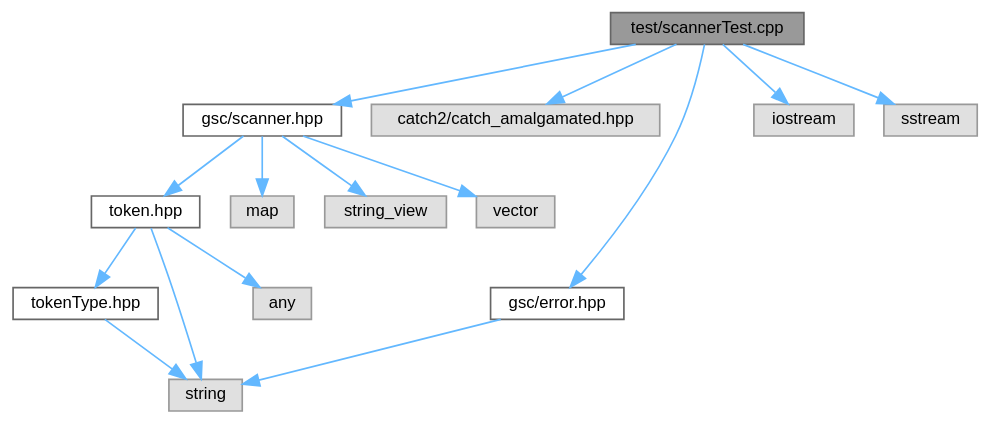
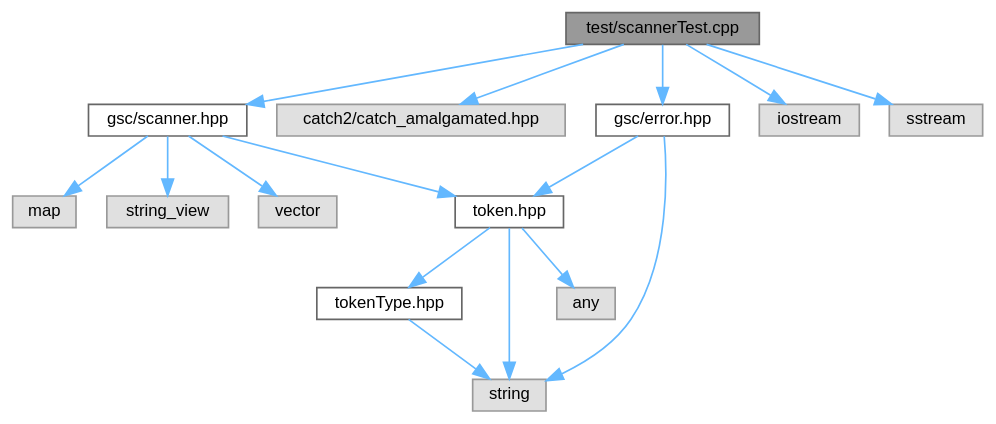
Before and after one commit to helcsnewsxd/gsc-interpreter: the diagram in scannerTest_8cpp__incl.dot, drawn with Graphviz. The commit also changed 91 other files, not shown here.

```diff
--- a/scannerTest_8cpp__incl.dot
+++ b/scannerTest_8cpp__incl.dot
@@ -1,34 +1,35 @@
 digraph "test/scannerTest.cpp"
 {
  // LATEX_PDF_SIZE
   bgcolor="transparent";
   edge [fontname=Helvetica,fontsize=10,labelfontname=Helvetica,labelfontsize=10];
   node [fontname=Helvetica,fontsize=10,shape=box,height=0.2,width=0.4];
   Node1 [id="Node000001",label="test/scannerTest.cpp",height=0.2,width=0.4,color="gray40", fillcolor="grey60", style="filled", fontcolor="black",tooltip=" "];
   Node1 -> Node2 [id="edge1_Node000001_Node000002",color="steelblue1",style="solid",tooltip=" "];
   Node2 [id="Node000002",label="gsc/scanner.hpp",height=0.2,width=0.4,color="grey40", fillcolor="white", style="filled",URL="$scanner_8hpp.html",tooltip=" "];
   Node2 -> Node3 [id="edge2_Node000002_Node000003",color="steelblue1",style="solid",tooltip=" "];
   Node3 [id="Node000003",label="token.hpp",height=0.2,width=0.4,color="grey40", fillcolor="white", style="filled",URL="$token_8hpp.html",tooltip=" "];
   Node3 -> Node4 [id="edge3_Node000003_Node000004",color="steelblue1",style="solid",tooltip=" "];
   Node4 [id="Node000004",label="tokenType.hpp",height=0.2,width=0.4,color="grey40", fillcolor="white", style="filled",URL="$tokenType_8hpp.html",tooltip=" "];
   Node4 -> Node5 [id="edge4_Node000004_Node000005",color="steelblue1",style="solid",tooltip=" "];
   Node5 [id="Node000005",label="string",height=0.2,width=0.4,color="grey60", fillcolor="#E0E0E0", style="filled",tooltip=" "];
   Node3 -> Node6 [id="edge5_Node000003_Node000006",color="steelblue1",style="solid",tooltip=" "];
   Node6 [id="Node000006",label="any",height=0.2,width=0.4,color="grey60", fillcolor="#E0E0E0", style="filled",tooltip=" "];
   Node3 -> Node5 [id="edge6_Node000003_Node000005",color="steelblue1",style="solid",tooltip=" "];
   Node2 -> Node7 [id="edge7_Node000002_Node000007",color="steelblue1",style="solid",tooltip=" "];
   Node7 [id="Node000007",label="map",height=0.2,width=0.4,color="grey60", fillcolor="#E0E0E0", style="filled",tooltip=" "];
   Node2 -> Node8 [id="edge8_Node000002_Node000008",color="steelblue1",style="solid",tooltip=" "];
   Node8 [id="Node000008",label="string_view",height=0.2,width=0.4,color="grey60", fillcolor="#E0E0E0", style="filled",tooltip=" "];
   Node2 -> Node9 [id="edge9_Node000002_Node000009",color="steelblue1",style="solid",tooltip=" "];
   Node9 [id="Node000009",label="vector",height=0.2,width=0.4,color="grey60", fillcolor="#E0E0E0", style="filled",tooltip=" "];
   Node1 -> Node10 [id="edge10_Node000001_Node000010",color="steelblue1",style="solid",tooltip=" "];
   Node10 [id="Node000010",label="catch2/catch_amalgamated.hpp",height=0.2,width=0.4,color="grey60", fillcolor="#E0E0E0", style="filled",tooltip=" "];
   Node1 -> Node11 [id="edge11_Node000001_Node000011",color="steelblue1",style="solid",tooltip=" "];
   Node11 [id="Node000011",label="gsc/error.hpp",height=0.2,width=0.4,color="grey40", fillcolor="white", style="filled",URL="$error_8hpp.html",tooltip=" "];
-  Node11 -> Node5 [id="edge12_Node000011_Node000005",color="steelblue1",style="solid",tooltip=" "];
-  Node1 -> Node12 [id="edge13_Node000001_Node000012",color="steelblue1",style="solid",tooltip=" "];
+  Node11 -> Node3 [id="edge12_Node000011_Node000003",color="steelblue1",style="solid",tooltip=" "];
+  Node11 -> Node5 [id="edge13_Node000011_Node000005",color="steelblue1",style="solid",tooltip=" "];
+  Node1 -> Node12 [id="edge14_Node000001_Node000012",color="steelblue1",style="solid",tooltip=" "];
   Node12 [id="Node000012",label="iostream",height=0.2,width=0.4,color="grey60", fillcolor="#E0E0E0", style="filled",tooltip=" "];
-  Node1 -> Node13 [id="edge14_Node000001_Node000013",color="steelblue1",style="solid",tooltip=" "];
+  Node1 -> Node13 [id="edge15_Node000001_Node000013",color="steelblue1",style="solid",tooltip=" "];
   Node13 [id="Node000013",label="sstream",height=0.2,width=0.4,color="grey60", fillcolor="#E0E0E0", style="filled",tooltip=" "];
 }
```
